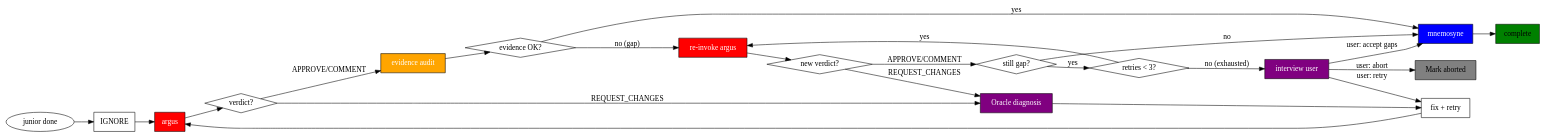
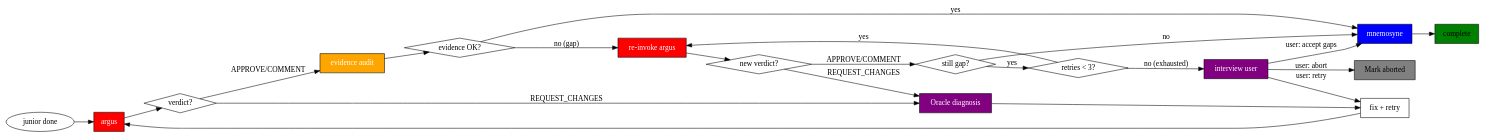
The diagram in skills/sisyphus/verification.md (toongri/oh-my-toong-playground), drawn with Graphviz before and after one commit. The commit also changed other lines of this file and 4 other files, not shown here.

````diff
--- a/skills/sisyphus/verification.md
+++ b/skills/sisyphus/verification.md
@@ -7,42 +7,41 @@
 ```dot
 digraph verification_flow {
     rankdir=LR;
     "junior done" [shape=ellipse];
-    "IGNORE" [shape=box];
     "argus" [shape=box, style=filled, fillcolor=red, fontcolor=white];
     "verdict?" [shape=diamond];
     "evidence audit" [shape=box, style=filled, fillcolor=orange, fontcolor=white];
     "evidence OK?" [shape=diamond];
     "re-invoke argus" [shape=box, style=filled, fillcolor=red, fontcolor=white];
     "new verdict?" [shape=diamond];
     "still gap?" [shape=diamond];
     "retries < 3?" [shape=diamond];
     "interview user" [shape=box, style=filled, fillcolor=purple, fontcolor=white];
     "Oracle diagnosis" [shape=box, style=filled, fillcolor=purple, fontcolor=white];
     "mnemosyne" [shape=box, style=filled, fillcolor=blue, fontcolor=white];
     "complete" [shape=box, style=filled, fillcolor=green];
     "fix + retry" [shape=box];
 
-    "junior done" -> "IGNORE" -> "argus" -> "verdict?";
+    "junior done" -> "argus" -> "verdict?";
     "verdict?" -> "Oracle diagnosis" [label="REQUEST_CHANGES"];
     "Oracle diagnosis" -> "fix + retry";
     "verdict?" -> "evidence audit" [label="APPROVE/COMMENT"];
     "evidence audit" -> "evidence OK?";
     "evidence OK?" -> "mnemosyne" [label="yes"];
     "evidence OK?" -> "re-invoke argus" [label="no (gap)"];
     "re-invoke argus" -> "new verdict?";
     "new verdict?" -> "Oracle diagnosis" [label="REQUEST_CHANGES"];
     "new verdict?" -> "still gap?" [label="APPROVE/COMMENT"];
     "still gap?" -> "mnemosyne" [label="no"];
     "still gap?" -> "retries < 3?" [label="yes"];
     "retries < 3?" -> "re-invoke argus" [label="yes"];
     "retries < 3?" -> "interview user" [label="no (exhausted)"];
     "mnemosyne" -> "complete";
     "fix + retry" -> "argus";
     "Mark aborted" [shape=box, style=filled, fillcolor=gray];
 
     "interview user" -> "fix + retry" [label="user: retry"];
     "interview user" -> "mnemosyne" [label="user: accept gaps"];
     "interview user" -> "Mark aborted" [label="user: abort"];
 }
 ```
````
